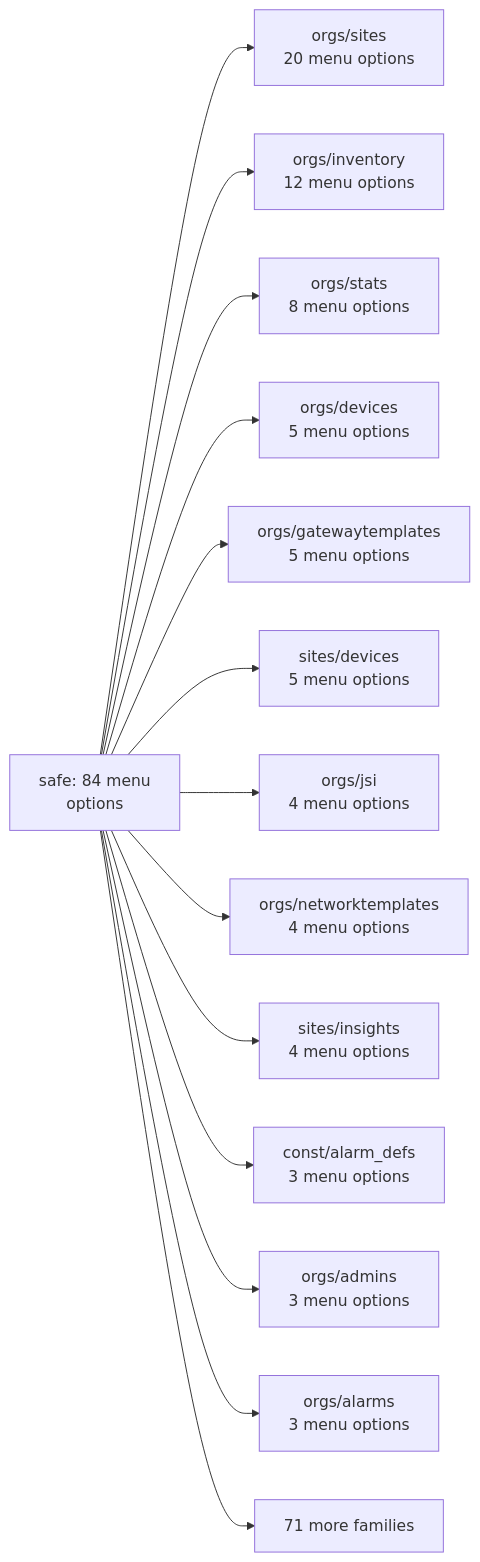
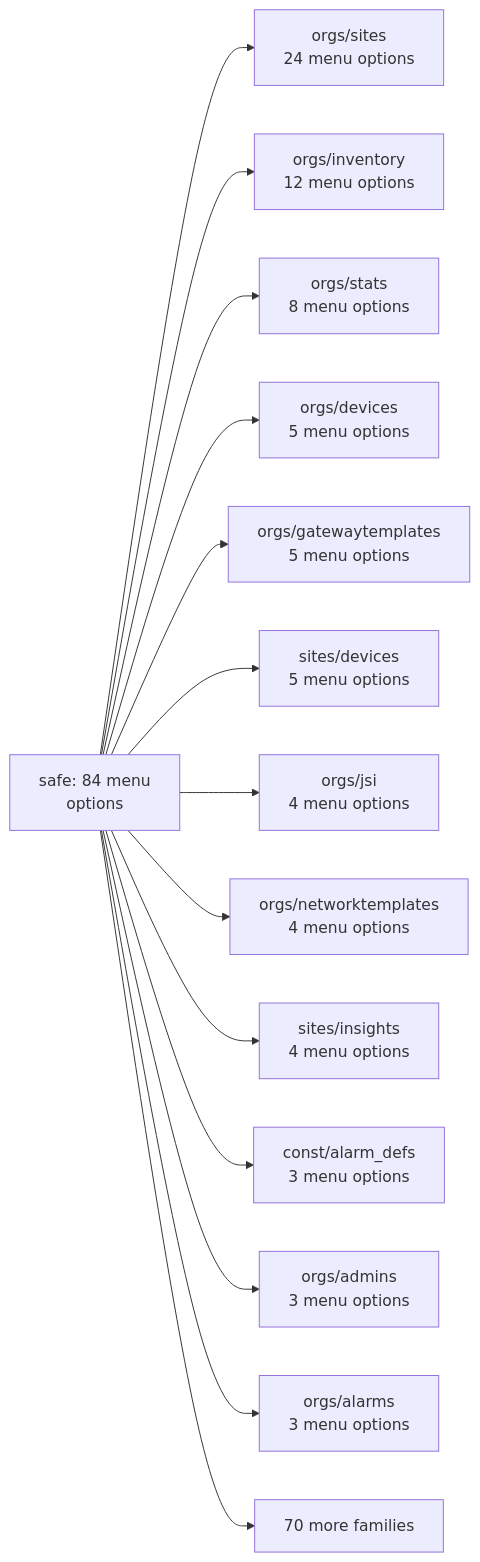
The first of 22 diagrams in documentation/menu-api/safe.md (jmorrison-juniper/MistHelper), drawn with Mermaid before and after one commit. The commit also changed other lines of this file and 7 other files, not shown here.

````diff
--- a/documentation/menu-api/safe.md
+++ b/documentation/menu-api/safe.md
@@ -17,17 +17,17 @@
 ```mermaid
 flowchart LR
     root["safe: 84 menu<br/>options"]
-    root --> f_orgs_sites["orgs/sites<br/>20 menu options"]
+    root --> f_orgs_sites["orgs/sites<br/>24 menu options"]
     root --> f_orgs_inventory["orgs/inventory<br/>12 menu options"]
     root --> f_orgs_stats["orgs/stats<br/>8 menu options"]
     root --> f_orgs_devices["orgs/devices<br/>5 menu options"]
     root --> f_orgs_gatewaytemplates["orgs/gatewaytemplates<br/>5 menu options"]
     root --> f_sites_devices["sites/devices<br/>5 menu options"]
     root --> f_orgs_jsi["orgs/jsi<br/>4 menu options"]
     root --> f_orgs_networktemplates["orgs/networktemplates<br/>4 menu options"]
     root --> f_sites_insights["sites/insights<br/>4 menu options"]
     root --> f_const_alarm_defs["const/alarm_defs<br/>3 menu options"]
     root --> f_orgs_admins["orgs/admins<br/>3 menu options"]
     root --> f_orgs_alarms["orgs/alarms<br/>3 menu options"]
-    root --> more["71 more families"]
+    root --> more["70 more families"]
 ```
````
